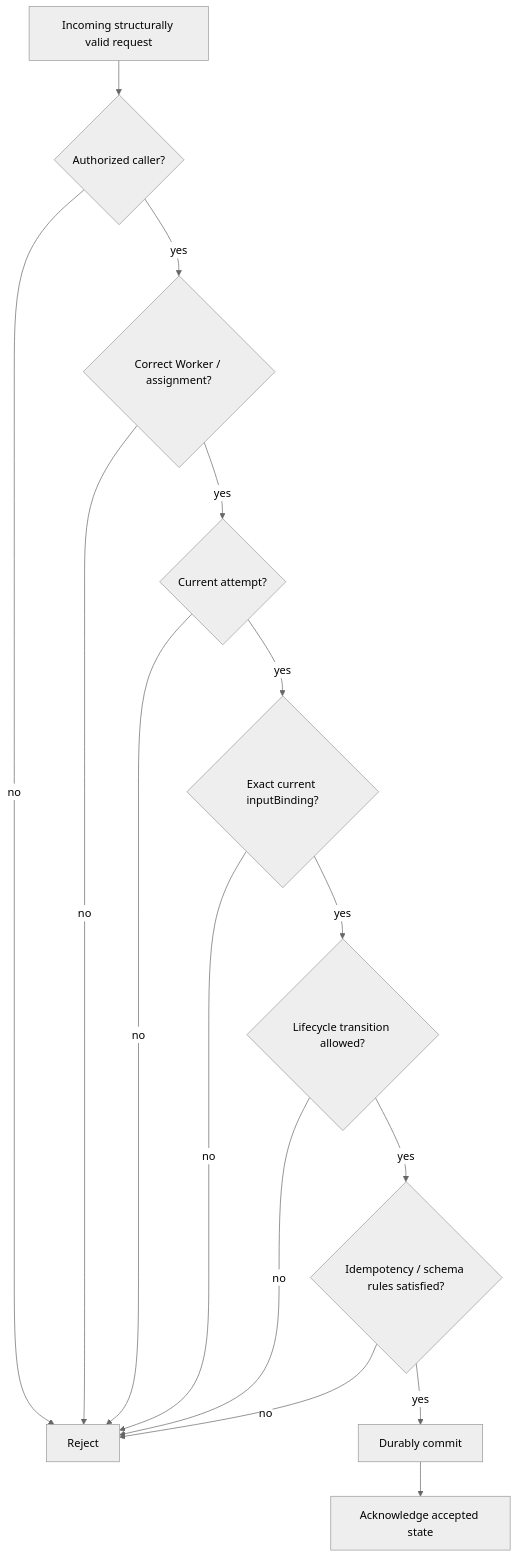
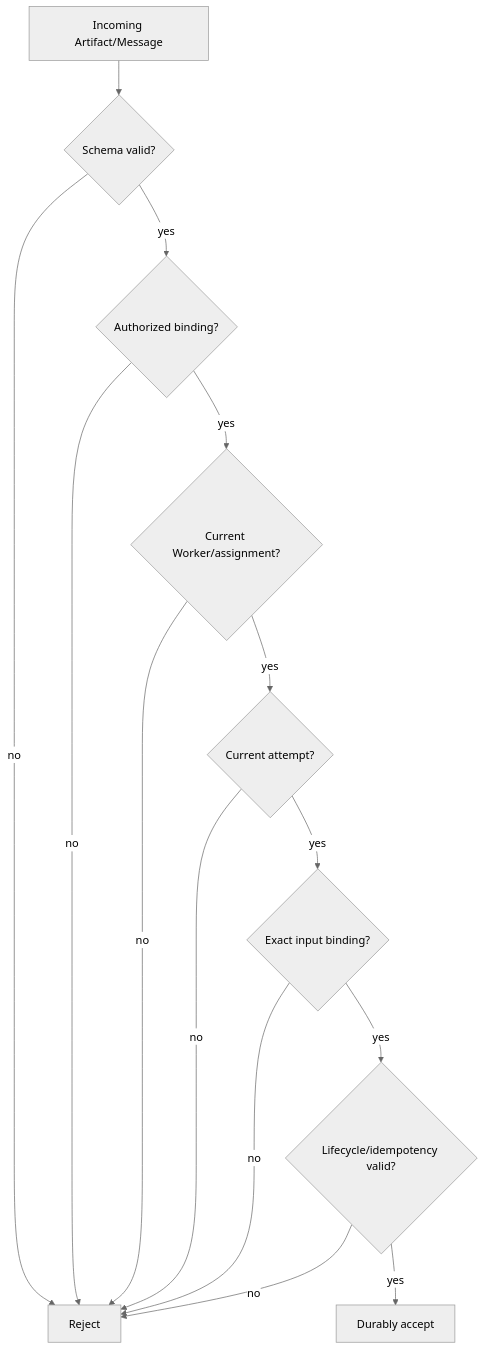
Before and after one commit to tsuuanmi/AgentOS: the second of 3 diagrams in docs/architecture/worker-boundaries.md, drawn with Mermaid (neutral theme). The commit also changed other lines of this file, not shown here.

Commit message:
docs: define agnostic Worker boundary

```diff
--- a/docs/architecture/worker-boundaries.md
+++ b/docs/architecture/worker-boundaries.md
@@ -188,27 +189,26 @@
 ~~~mermaid
 flowchart TD
-    R[Incoming structurally valid request]
-    A{Authorized caller?}
-    W{Correct Worker / assignment?}
+    R[Incoming Artifact/Message]
+    S{Schema valid?}
+    A{Authorized binding?}
+    W{Current Worker/assignment?}
     T{Current attempt?}
-    I{Exact current inputBinding?}
-    L{Lifecycle transition allowed?}
-    D{Idempotency / schema rules satisfied?}
-    C[Durably commit]
-    ACK[Acknowledge accepted state]
-    REJ[Reject]
+    I{Exact input binding?}
+    L{Lifecycle/idempotency valid?}
+    C[Durably accept]
+    X[Reject]
 
-    R --> A
-    A -->|no| REJ
+    R --> S
+    S -->|no| X
+    S -->|yes| A
+    A -->|no| X
     A -->|yes| W
-    W -->|no| REJ
+    W -->|no| X
     W -->|yes| T
-    T -->|no| REJ
+    T -->|no| X
     T -->|yes| I
-    I -->|no| REJ
+    I -->|no| X
     I -->|yes| L
-    L -->|no| REJ
-    L -->|yes| D
-    D -->|no| REJ
-    D -->|yes| C --> ACK
+    L -->|no| X
+    L -->|yes| C
 ~~~
```
